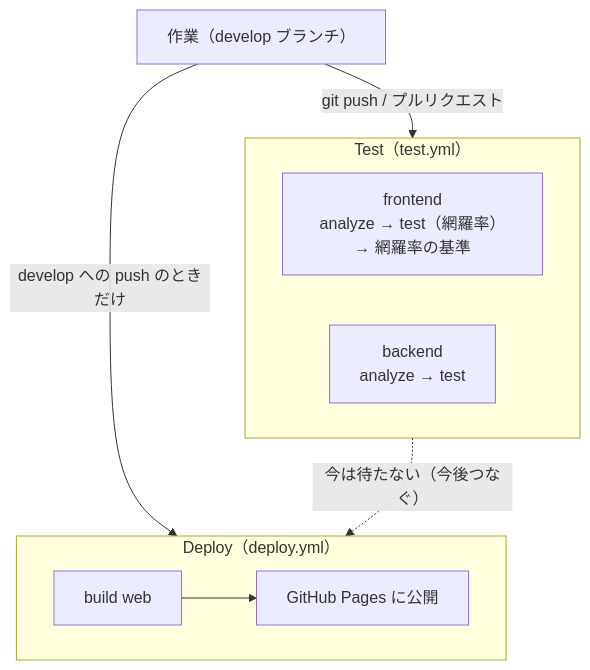
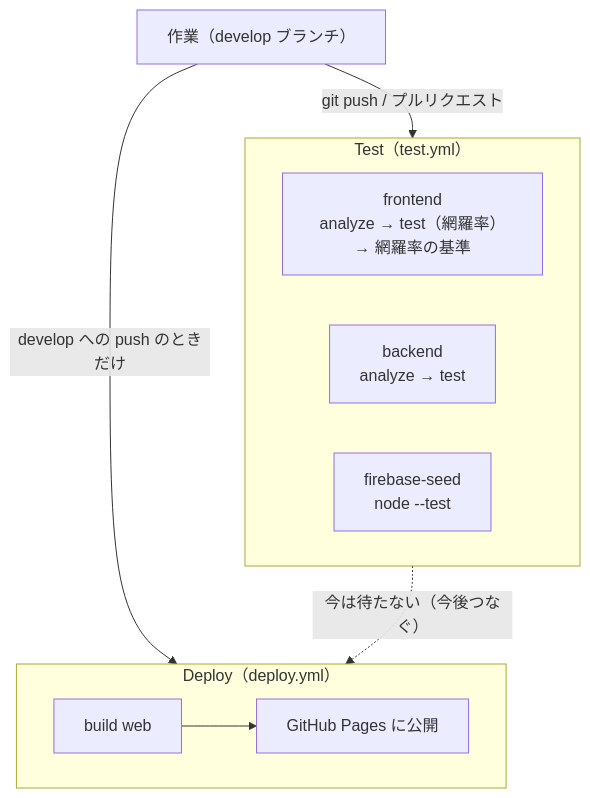
Before and after one commit to sigu-f7a231/dev-portfolio-site: the first of 2 diagrams in docs/ci/ci-design.md, drawn with Mermaid. The commit also changed other lines of this file and 29 other files, not shown here.

````diff
--- a/docs/ci/ci-design.md
+++ b/docs/ci/ci-design.md
@@ -9,15 +9,16 @@
 ```mermaid
 flowchart TB
   dev["作業（develop ブランチ）"] -- "git push / プルリクエスト" --> test
   dev -- "develop への push のときだけ" --> deploy
   subgraph test["Test（test.yml）"]
     direction LR
     fe["frontend<br/>analyze → test（網羅率）→ 網羅率の基準"]
     be["backend<br/>analyze → test"]
+    fb["firebase-seed<br/>node --test"]
   end
   subgraph deploy["Deploy（deploy.yml）"]
     direction LR
     build["build web"] --> pages["GitHub Pages に公開"]
   end
   test -. "今は待たない（今後つなぐ）" .-> deploy
 ```
````
